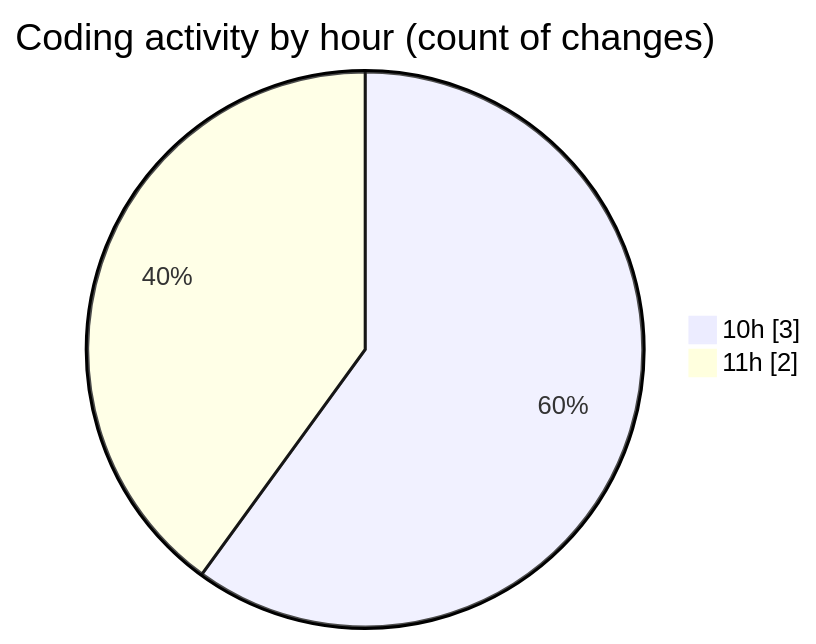
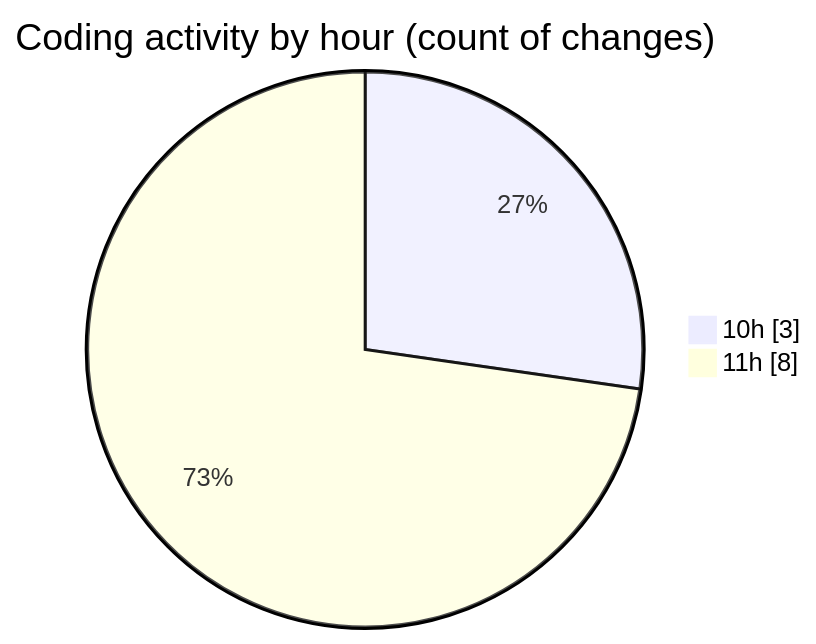
Before and after one commit to nxtqubesakshisongat/code-tracking: the second of 2 diagrams in 2025-04-16/omts_new/README.md, drawn with Mermaid. The commit also changed other lines of this file and 1 other file, not shown here.

````diff
--- a/2025-04-16/omts_new/README.md
+++ b/2025-04-16/omts_new/README.md
@@ -32,6 +34,6 @@
 ```mermaid
 pie showData
 title Coding activity by hour (count of changes)
 "10h" : 3
-"11h" : 2
+"11h" : 8
 ```
````
